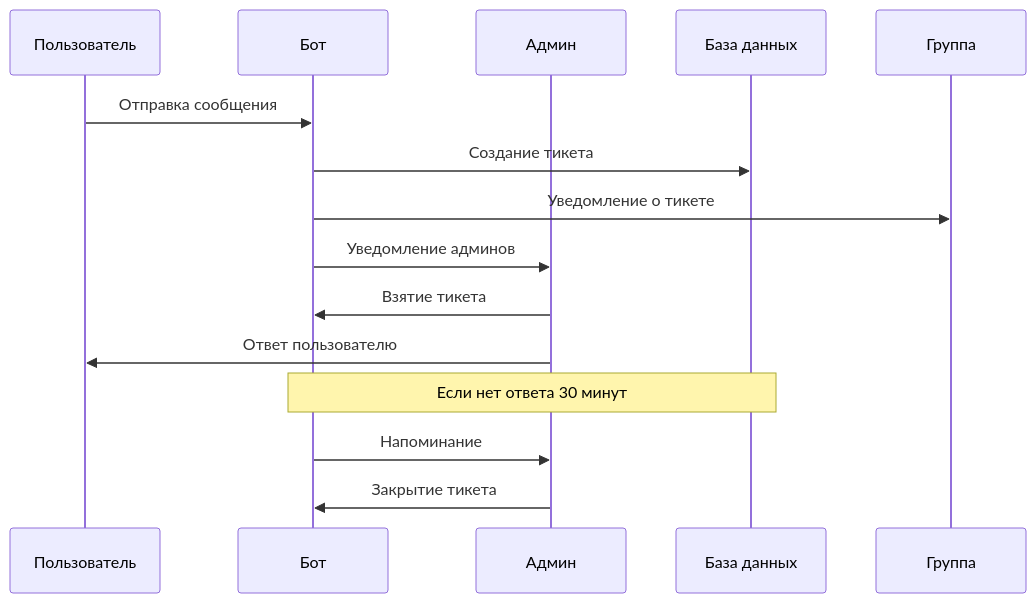
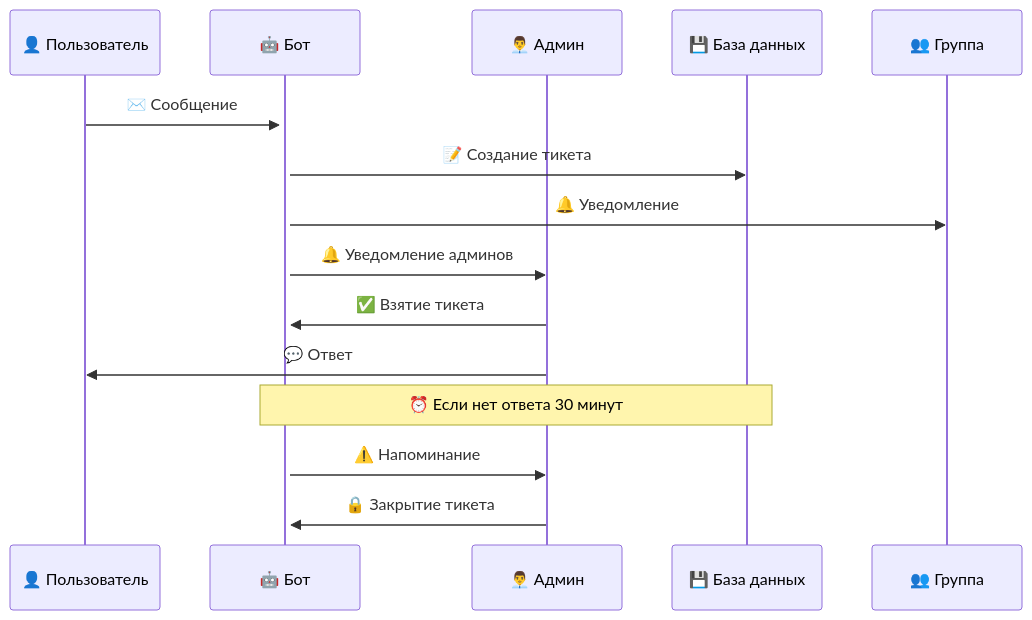
The second of 3 diagrams in README.md (Wh0mever/TBC_SUPPORT_BOT), drawn with Mermaid before and after one commit. The commit also changed other lines of this file, not shown here.

````diff
--- a/README.md
+++ b/README.md
@@ -22,18 +30,18 @@
 ```mermaid
 sequenceDiagram
-    participant U as Пользователь
-    participant B as Бот
-    participant A as Админ
-    participant DB as База данных
-    participant G as Группа
+    participant U as 👤 Пользователь
+    participant B as 🤖 Бот
+    participant A as 👨‍💼 Админ
+    participant DB as 💾 База данных
+    participant G as 👥 Группа
 
-    U->>B: Отправка сообщения
-    B->>DB: Создание тикета
-    B->>G: Уведомление о тикете
-    B->>A: Уведомление админов
-    A->>B: Взятие тикета
-    A->>U: Ответ пользователю
-    Note over B,DB: Если нет ответа 30 минут
-    B->>A: Напоминание
-    A->>B: Закрытие тикета
+    U->>+B: ✉️ Сообщение
+    B->>DB: 📝 Создание тикета
+    B->>G: 🔔 Уведомление
+    B->>A: 🔔 Уведомление админов
+    A->>B: ✅ Взятие тикета
+    A->>U: 💬 Ответ
+    Note over B,DB: ⏰ Если нет ответа 30 минут
+    B->>A: ⚠️ Напоминание
+    A->>B: 🔒 Закрытие тикета
 ```
````
